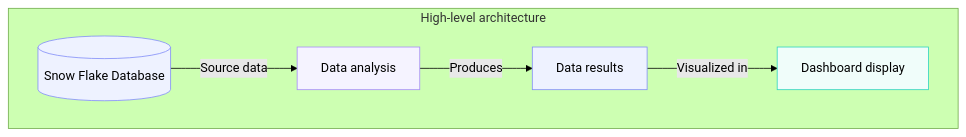
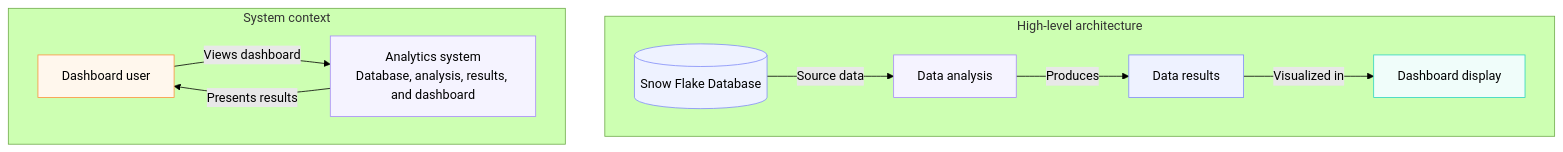
Before and after one commit to Bryancostco/CPSC490-G04-EpicEngineers: the diagram in docs/design/architecture.md, drawn with Mermaid (forest theme). The commit also changed other lines of this file, not shown here.

Commit message:
Added system context graph, caption and alt text

`````diff
--- a/docs/design/architecture.md
+++ b/docs/design/architecture.md
@@ -1,25 +3,34 @@
 ```mermaid 
 flowchart TB
     subgraph architecture ["High-level architecture"]
         direction LR
         DB[("Snow Flake Database")]
         Analysis["Data analysis"]
         Results["Data results"]
         Dashboard["Dashboard display"]
 
         DB -->|Source data| Analysis
         Analysis -->|Produces| Results
         Results -->|Visualized in| Dashboard
     end
 
+    subgraph context ["System context"]
+        direction LR
+        User["Dashboard user"]
+        System["Analytics system<br/>Database, analysis, results, and dashboard"]
+
+        User -->|Views dashboard| System
+        System -->|Presents results| User
+    end
+
     classDef data fill:#eef2ff,stroke:#818cf8
     classDef processing fill:#f5f3ff,stroke:#a78bfa
     classDef presentation fill:#f0fdfa,stroke:#2dd4bf
     classDef actor fill:#fff7ed,stroke:#fb923c
 
     class DB,Results data
     class Analysis,System processing
     class Dashboard presentation
     class User actor
 
 ````
`````
